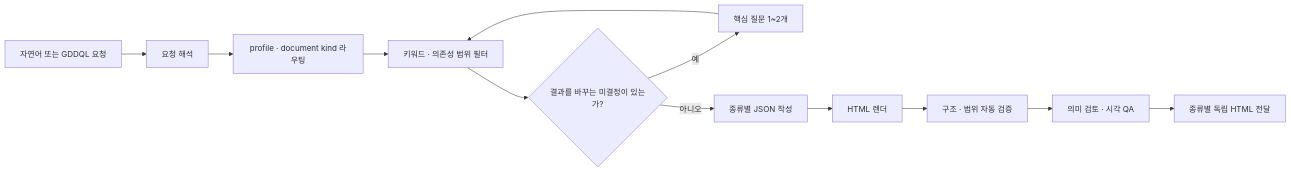
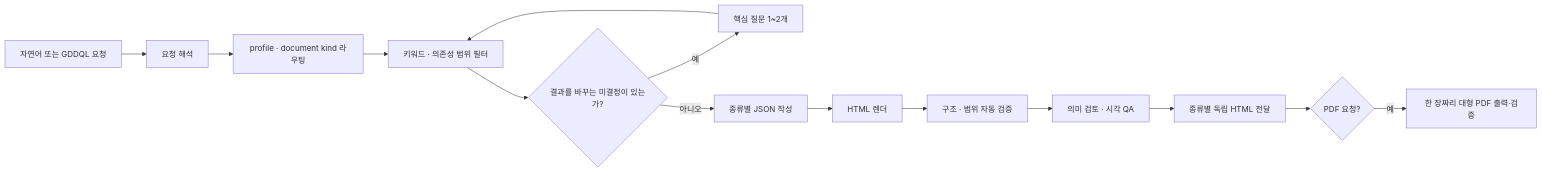
The diagram in README.md (yang-yun-seok/game-gdd-html), drawn with Mermaid before and after one commit. The commit also changed other lines of this file and 10 other files, not shown here.

````diff
--- a/README.md
+++ b/README.md
@@ -129,14 +134,16 @@
 ```mermaid
 flowchart LR
     A["자연어 또는 GDDQL 요청"] --> B["요청 해석"]
     B --> C["profile · document kind 라우팅"]
     C --> D["키워드 · 의존성 범위 필터"]
     D --> E{"결과를 바꾸는 미결정이 있는가?"}
     E -- "예" --> F["핵심 질문 1~2개"]
     F --> D
     E -- "아니오" --> G["종류별 JSON 작성"]
     G --> H["HTML 렌더"]
     H --> I["구조 · 범위 자동 검증"]
     I --> J["의미 검토 · 시각 QA"]
     J --> K["종류별 독립 HTML 전달"]
+    K --> L{"PDF 요청?"}
+    L -- "예" --> M["한 장짜리 대형 PDF 출력·검증"]
 ```
````
